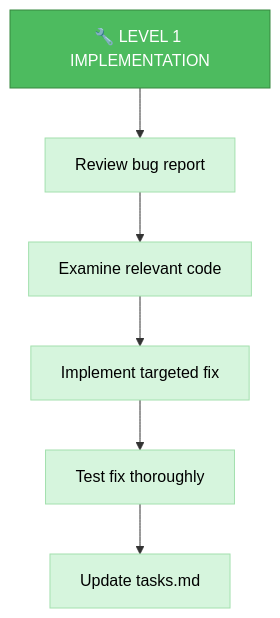
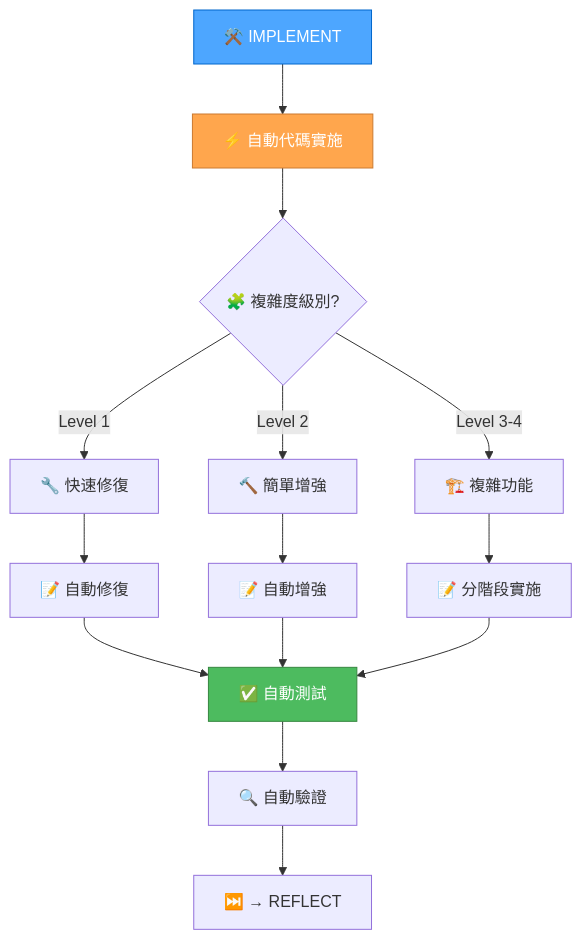
Before and after one commit to 7Spade/cursor-memory-bank: the diagram in .cursor/rules/isolation_rules/Modes/implement-mode-detailed.mdc, drawn with Mermaid. The commit also changed other lines of this file and 13 other files, not shown here.

````diff
--- a/.cursor/rules/isolation_rules/Modes/implement-mode-detailed.mdc
+++ b/.cursor/rules/isolation_rules/Modes/implement-mode-detailed.mdc
@@ -152,15 +11,24 @@
 ```mermaid
 graph TD
-    L1["🔧 LEVEL 1 IMPLEMENTATION"] --> Review["Review bug report"]
-    Review --> Examine["Examine relevant code"]
-    Examine --> Fix["Implement targeted fix"]
-    Fix --> Test["Test fix thoroughly"]
-    Test --> Update["Update tasks.md"]
+    Start["⚒️ IMPLEMENT"] --> AutoImpl["⚡ 自動代碼實施"]
+    AutoImpl --> Level{"🧩 複雜度級別?"}
     
-    style L1 fill:#4dbb5f,stroke:#36873f,color:white
-    style Review fill:#d6f5dd,stroke:#a3e0ae,color:black
-    style Examine fill:#d6f5dd,stroke:#a3e0ae,color:black
-    style Fix fill:#d6f5dd,stroke:#a3e0ae,color:black
-    style Test fill:#d6f5dd,stroke:#a3e0ae,color:black
-    style Update fill:#d6f5dd,stroke:#a3e0ae,color:black
+    Level -->|"Level 1"| L1["🔧 快速修復"]
+    Level -->|"Level 2"| L2["🔨 簡單增強"]
+    Level -->|"Level 3-4"| L34["🏗️ 複雜功能"]
+    
+    L1 --> L1Auto["📝 自動修復"]
+    L2 --> L2Auto["📝 自動增強"]
+    L34 --> L34Auto["📝 分階段實施"]
+    
+    L1Auto --> Test["✅ 自動測試"]
+    L2Auto --> Test
+    L34Auto --> Test
+    
+    Test --> Verify["🔍 自動驗證"]
+    Verify --> Next["⏭️ → REFLECT"]
+    
+    style Start fill:#4da6ff,stroke:#0066cc,color:white
+    style AutoImpl fill:#ffa64d,stroke:#cc7a30,color:white
+    style Test fill:#4dbb5f,stroke:#36873f,color:white
 ```
````
